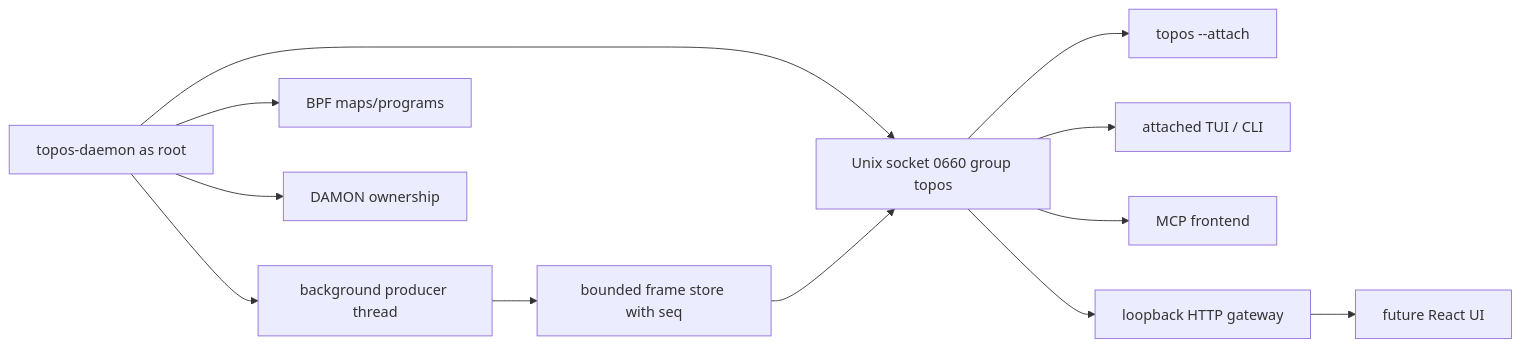
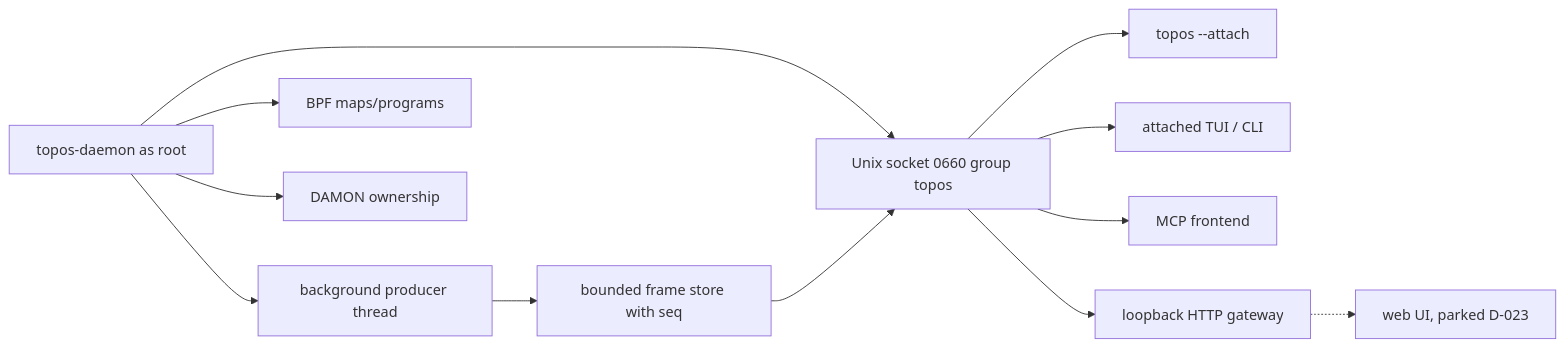
Before and after one commit to volkb79-2/vbpub: the third of 3 diagrams in topos/docs/ARCHITECTURE.md, drawn with Mermaid. The commit also changed other lines of this file and 17 other files, not shown here.

Commit message:
docs(topos): documentation truth pass (README, architecture, readiness, trove pointers)

````diff
--- a/topos/docs/ARCHITECTURE.md
+++ b/topos/docs/ARCHITECTURE.md
@@ -116,14 +120,14 @@
 ```mermaid
 flowchart LR
     RootDaemon[topos-daemon as root] --> Producer[background producer thread]
     Producer --> Store[bounded frame store with seq]
     RootDaemon --> Socket[Unix socket 0660 group topos]
     Store --> Socket
     Socket --> TUI[topos --attach]
     Socket --> AttachClient[attached TUI / CLI]
     Socket --> MCP[MCP frontend]
     Socket --> Gateway[loopback HTTP gateway]
-    Gateway --> FutureWeb[future React UI]
+    Gateway -.-> FutureWeb[web UI, parked D-023]
     RootDaemon --> BPF[BPF maps/programs]
     RootDaemon --> DamonState[DAMON ownership]
 ```
````
